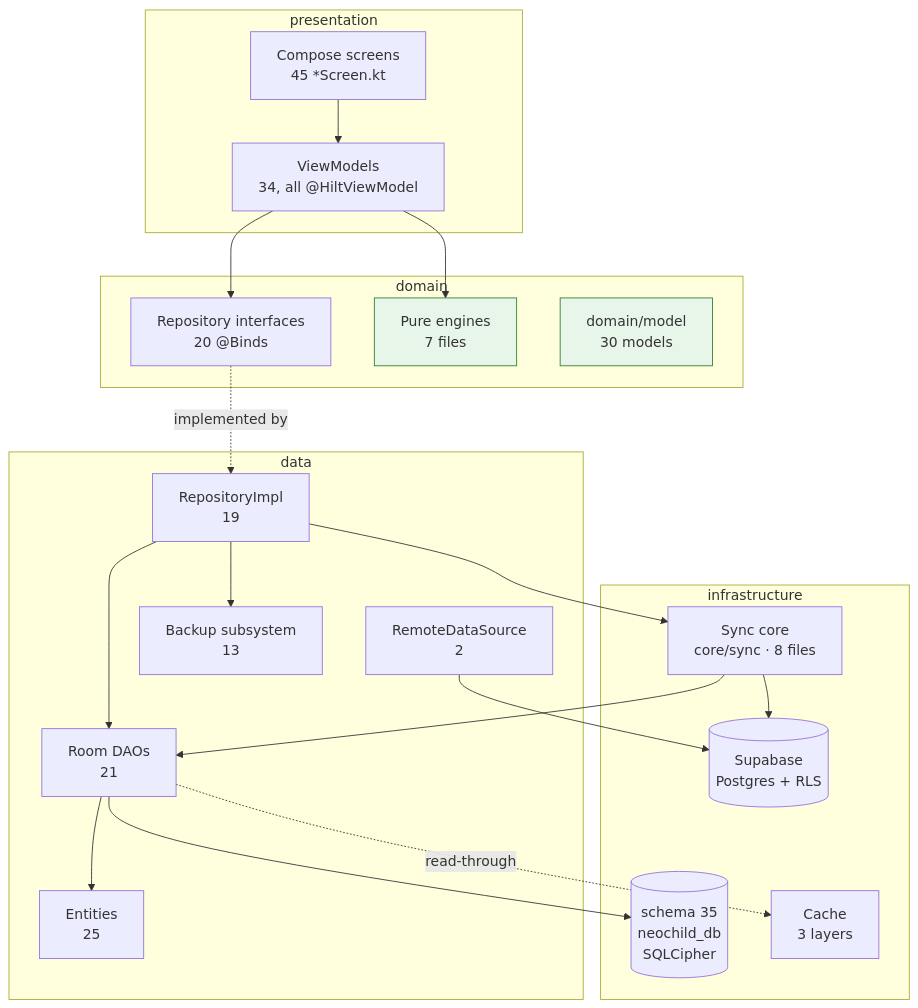
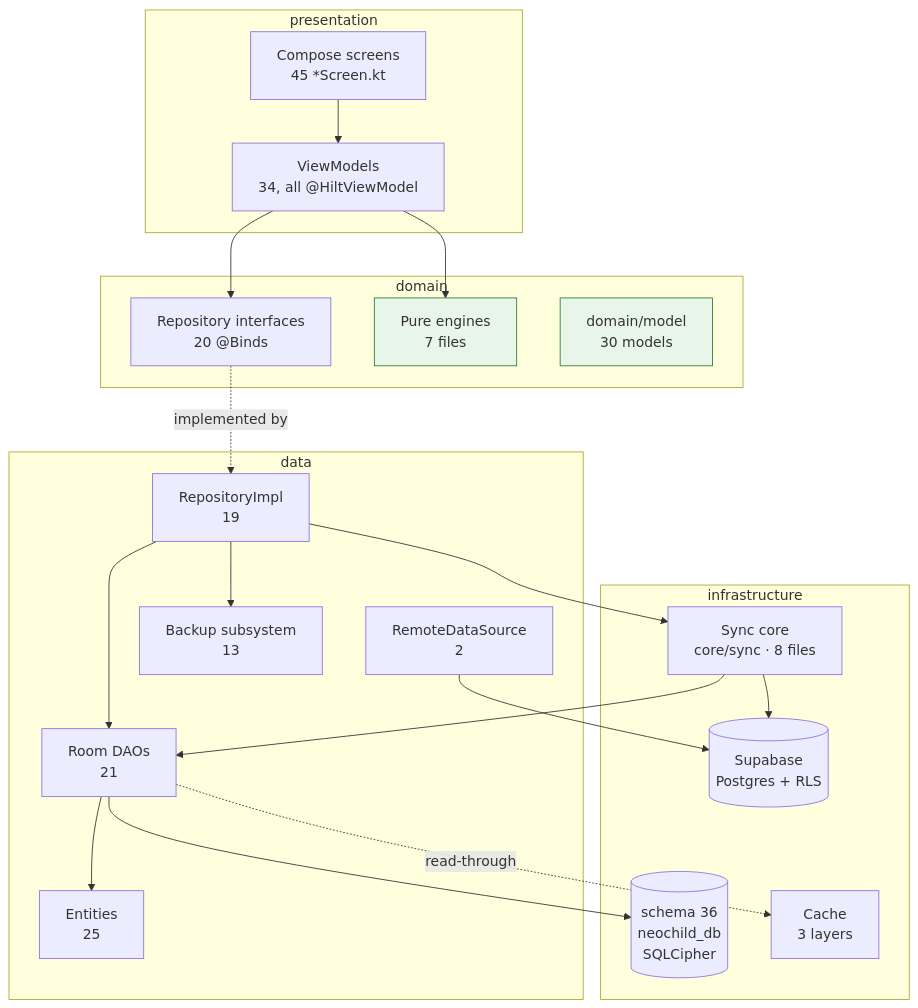
One commit to CyferBoy/Neo_Child_Clinic changed the first of 3 diagrams in docs/Knowledge_Base/Architecture Map.md. Above: the diagram before and after it, drawn with Mermaid. The commit also changed 17 other files, not shown here.

````diff
--- a/docs/Knowledge_Base/Architecture Map.md
+++ b/docs/Knowledge_Base/Architecture Map.md
@@ -22,42 +22,42 @@
 ```mermaid
 graph TB
     subgraph pres["presentation"]
         SCR["Compose screens<br/>45 *Screen.kt"]
         VM["ViewModels<br/>34, all @HiltViewModel"]
     end
     subgraph dom["domain"]
         REPOI["Repository interfaces<br/>20 @Binds"]
         ENG["Pure engines<br/>7 files"]
         MODEL["domain/model<br/>30 models"]
     end
     subgraph dat["data"]
         REPO["RepositoryImpl<br/>19"]
         DAO["Room DAOs<br/>21"]
         ENT["Entities<br/>25"]
         REM["RemoteDataSource<br/>2"]
         BAK["Backup subsystem<br/>13"]
     end
     subgraph infra["infrastructure"]
-        DB[("schema 35<br/>neochild_db<br/>SQLCipher")]
+        DB[("schema 36<br/>neochild_db<br/>SQLCipher")]
         SB[("Supabase<br/>Postgres + RLS")]
         SYNC["Sync core<br/>core/sync · 8 files"]
         CACHE["Cache<br/>3 layers"]
     end
 
     SCR --> VM
     VM --> REPOI
     VM --> ENG
     REPOI -.implemented by.-> REPO
     REPO --> DAO
     REPO --> BAK
     DAO --> ENT
     DAO --> DB
     REM --> SB
     SYNC --> DAO
     SYNC --> SB
     REPO --> SYNC
     DAO -.read-through.-> CACHE
 
     classDef pure fill:#e8f5e9,stroke:#2e7d32
     class ENG,MODEL pure
 ```
````
